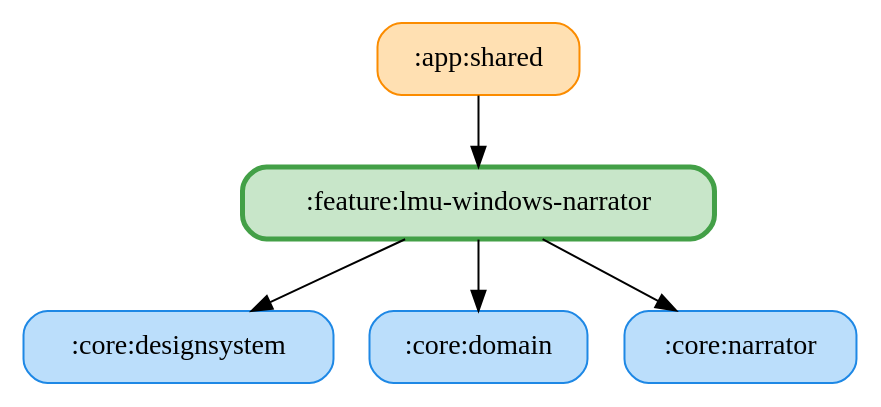
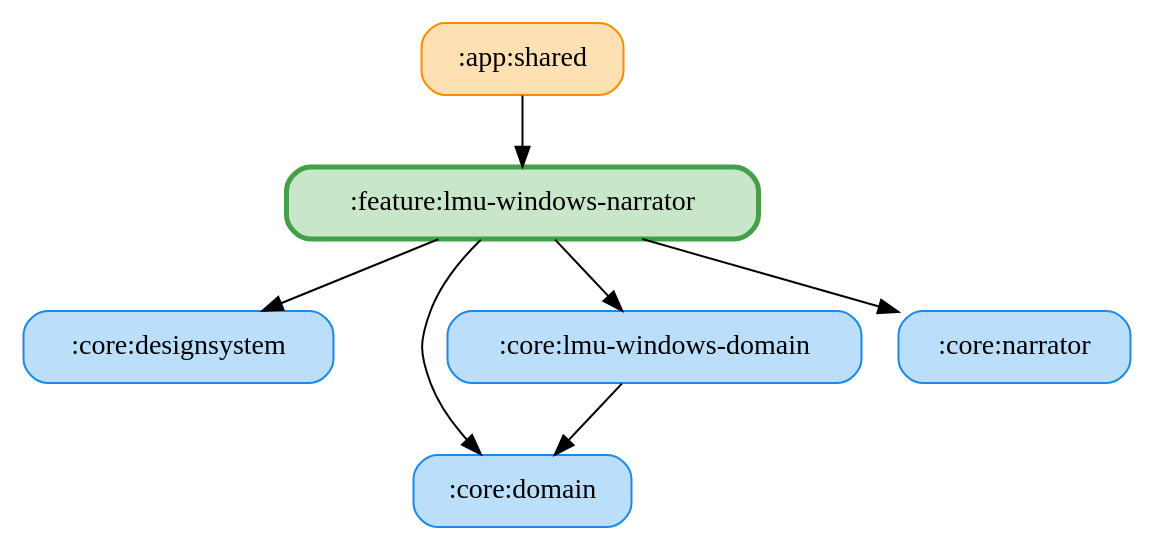
One commit to ai-kurou/KoDriver changed the diagram in docs/graphs/feature-lmu-windows-narrator.gv. Above: the diagram before and after it, drawn with Graphviz. The commit also changed 55 other files, not shown here.

Commit message:
chore: update module graph images

```diff
--- a/docs/graphs/feature-lmu-windows-narrator.gv
+++ b/docs/graphs/feature-lmu-windows-narrator.gv
@@ -1,13 +1,16 @@
 digraph G {
   rankdir=TB
   node [shape=box, style="rounded,filled"]
   ":app:shared" [fillcolor="#FFE0B2", color="#FB8C00", penwidth=1]
   ":core:designsystem" [fillcolor="#BBDEFB", color="#1E88E5", penwidth=1]
   ":core:domain" [fillcolor="#BBDEFB", color="#1E88E5", penwidth=1]
+  ":core:lmu-windows-domain" [fillcolor="#BBDEFB", color="#1E88E5", penwidth=1]
   ":core:narrator" [fillcolor="#BBDEFB", color="#1E88E5", penwidth=1]
   ":feature:lmu-windows-narrator" [fillcolor="#C8E6C9", color="#43A047", penwidth=2.5]
   ":app:shared" -> ":feature:lmu-windows-narrator"
+  ":core:lmu-windows-domain" -> ":core:domain"
   ":feature:lmu-windows-narrator" -> ":core:domain"
+  ":feature:lmu-windows-narrator" -> ":core:lmu-windows-domain"
   ":feature:lmu-windows-narrator" -> ":core:designsystem"
   ":feature:lmu-windows-narrator" -> ":core:narrator"
 }
```
